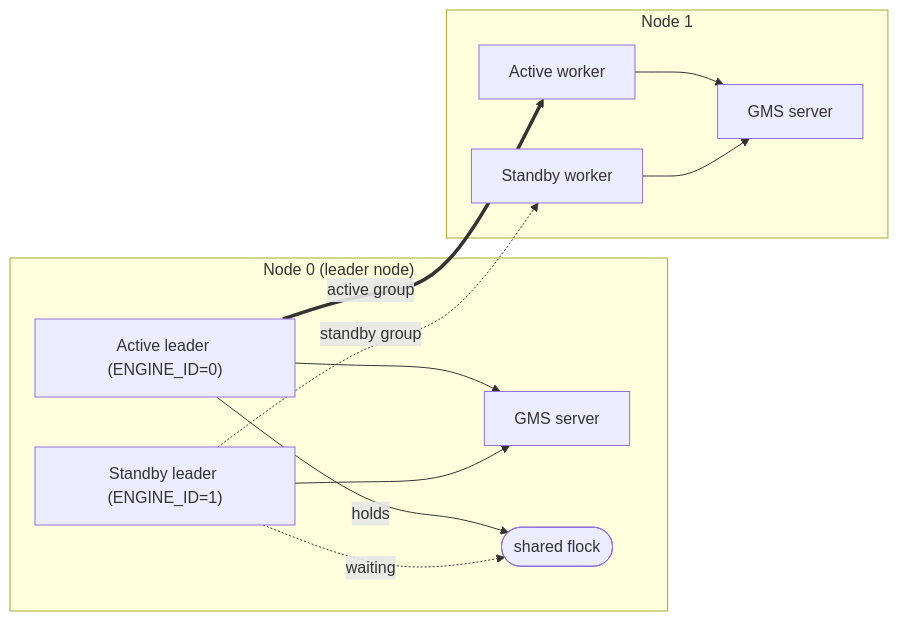
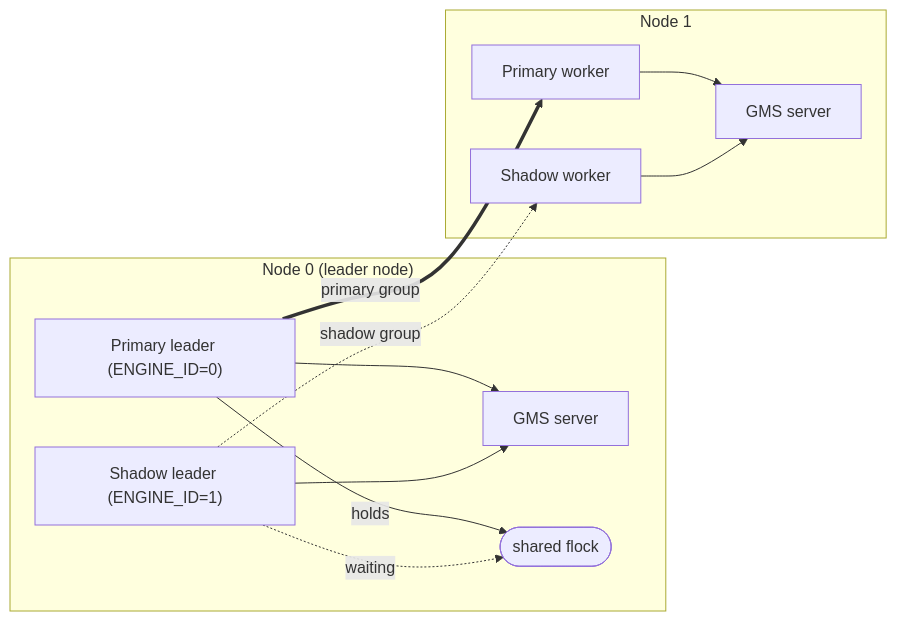
One commit to ai-dynamo/dynamo changed the second of 2 diagrams in lib/gpu_memory_service/docs/standalone-usage.md. Above: the diagram before and after it, drawn with Mermaid. The commit also changed other lines of this file, not shown here.

First line of the commit message:
docs(gms): use consistent primary/shadow vocabulary

````diff
--- a/lib/gpu_memory_service/docs/standalone-usage.md
+++ b/lib/gpu_memory_service/docs/standalone-usage.md
@@ -129,22 +130,22 @@
 ```mermaid
 flowchart LR
     subgraph N0["Node 0 (leader node)"]
         G0[GMS server]
-        LA["Active leader (ENGINE_ID=0)"]
-        LS["Standby leader (ENGINE_ID=1)"]
+        LP["Primary leader (ENGINE_ID=0)"]
+        LSh["Shadow leader (ENGINE_ID=1)"]
         LOCK([shared flock])
-        LA -- holds --> LOCK
-        LS -. waiting .-> LOCK
-        LA --> G0
-        LS --> G0
+        LP -- holds --> LOCK
+        LSh -. waiting .-> LOCK
+        LP --> G0
+        LSh --> G0
     end
     subgraph N1["Node 1"]
         G1[GMS server]
-        WA["Active worker"]
-        WS["Standby worker"]
-        WA --> G1
-        WS --> G1
+        WP["Primary worker"]
+        WSh["Shadow worker"]
+        WP --> G1
+        WSh --> G1
     end
-    LA == active group ==> WA
-    LS -. standby group .-> WS
+    LP == primary group ==> WP
+    LSh -. shadow group .-> WSh
 ```
````
